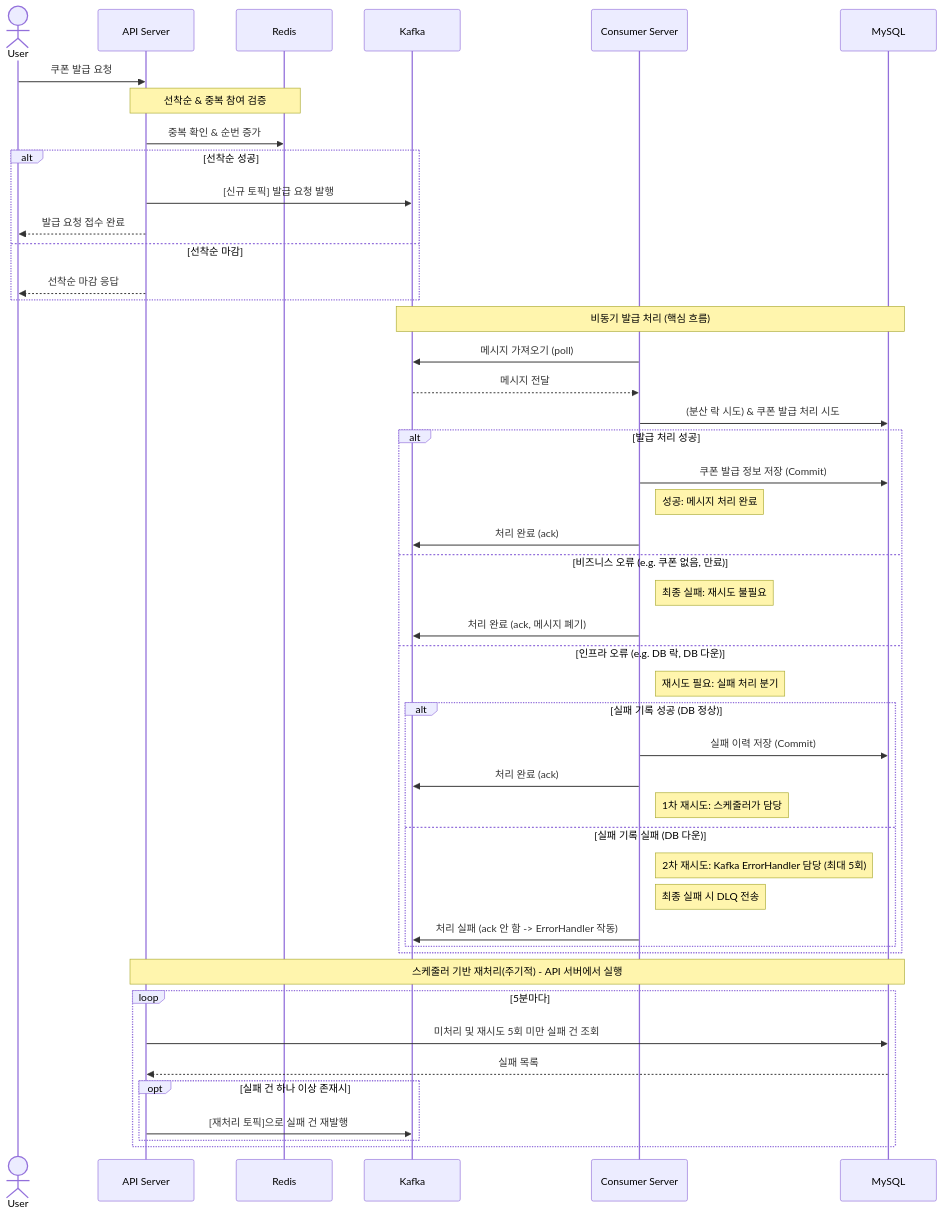
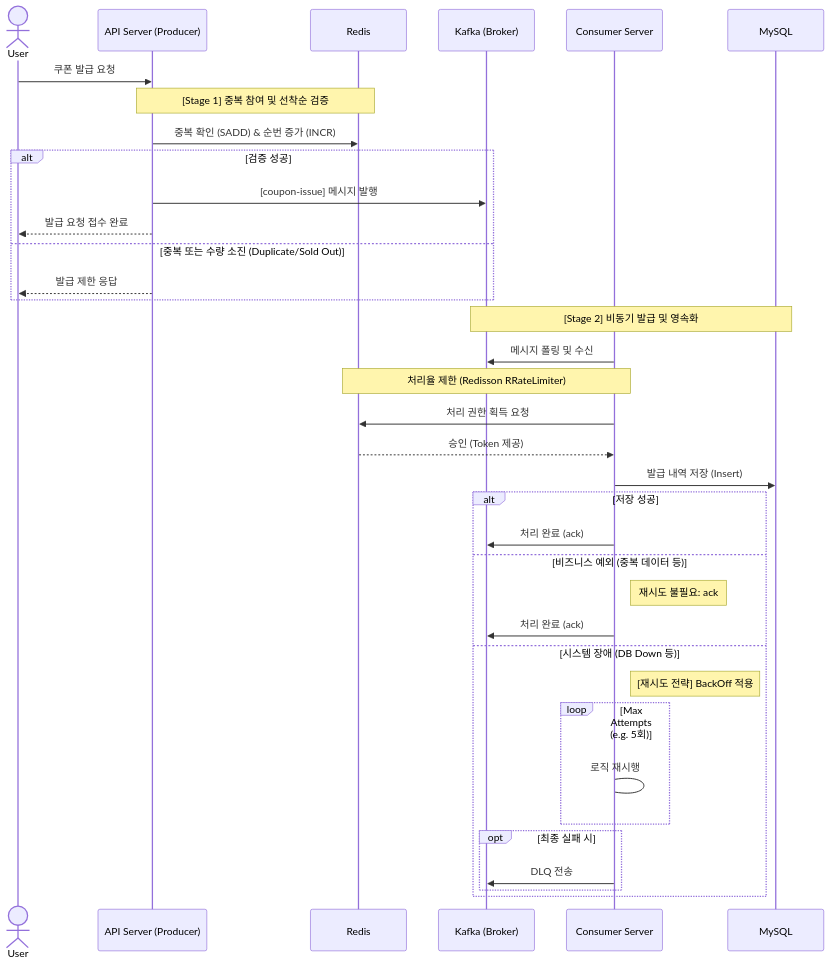
Before and after one commit to devFancy/springboot-coupon-system: the second of 3 diagrams in docs/coupon-domain-modeling.md, drawn with Mermaid. The commit also changed other lines of this file and 133 other files, not shown here.

````diff
--- a/docs/coupon-domain-modeling.md
+++ b/docs/coupon-domain-modeling.md
@@ -220,59 +207,45 @@
 ```mermaid
 sequenceDiagram
   actor User
-  participant API Server
-  participant Redis
-  participant Kafka
-  participant Consumer Server
+  participant API as API Server (Producer)
+  participant Redis as Redis
+  participant Kafka as Kafka (Broker)
+  participant Consumer as Consumer Server
   participant DB as MySQL
 
-  User->>API Server: 쿠폰 발급 요청
+  User->>API: 쿠폰 발급 요청
+  
+  note over API, Redis: [Stage 1] 중복 참여 및 선착순 검증
+  API->>Redis: 중복 확인 (SADD) & 순번 증가 (INCR)
 
-  note over API Server, Redis: 선착순 & 중복 참여 검증
-  API Server->>Redis: 중복 확인 & 순번 증가
-
-  alt 선착순 성공
-    API Server->>Kafka: [신규 토픽] 발급 요청 발행
-    API Server-->>User: 발급 요청 접수 완료
-  else 선착순 마감
-    API Server-->>User: 선착순 마감 응답
+  alt 검증 성공
+    API->>Kafka: [coupon-issue] 메시지 발행
+    API-->>User: 발급 요청 접수 완료
+  else 중복 또는 수량 소진 (Duplicate/Sold Out)
+    API-->>User: 발급 제한 응답
   end
 
-  note over Kafka, DB: 비동기 발급 처리 (핵심 흐름)
-  Consumer Server->>Kafka: 메시지 가져오기 (poll)
-  Kafka-->>Consumer Server: 메시지 전달
+  note over Kafka, DB: [Stage 2] 비동기 발급 및 영속화
+  Consumer->>Kafka: 메시지 폴링 및 수신
+  
+  note over Consumer, Redis: 처리율 제한 (Redisson RRateLimiter)
+  Consumer->>Redis: 처리 권한 획득 요청
+  Redis-->>Consumer: 승인 (Token 제공)
 
-  Consumer Server->>DB: (분산 락 시도) & 쿠폰 발급 처리 시도
+  Consumer->>DB: 발급 내역 저장 (Insert)
 
-  alt 발급 처리 성공
-    Consumer Server->>DB: 쿠폰 발급 정보 저장 (Commit)
-    note right of Consumer Server: 성공: 메시지 처리 완료
-    Consumer Server->>Kafka: 처리 완료 (ack)
-
-  else 비즈니스 오류 (e.g. 쿠폰 없음, 만료)
-    note right of Consumer Server: 최종 실패: 재시도 불필요
-    Consumer Server->>Kafka: 처리 완료 (ack, 메시지 폐기)
-
-  else 인프라 오류 (e.g. DB 락, DB 다운)
-    note right of Consumer Server: 재시도 필요: 실패 처리 분기
-    alt 실패 기록 성공 (DB 정상)
-      Consumer Server->>DB: 실패 이력 저장 (Commit)
-      Consumer Server->>Kafka: 처리 완료 (ack)
-      note right of Consumer Server: 1차 재시도: 스케줄러가 담당
-    else 실패 기록 실패 (DB 다운)
-      note right of Consumer Server: 2차 재시도: Kafka ErrorHandler 담당 (최대 5회)
-      note right of Consumer Server: 최종 실패 시 DLQ 전송
-      Consumer Server->>Kafka: 처리 실패 (ack 안 함 -> ErrorHandler 작동)
+  alt 저장 성공
+    Consumer->>Kafka: 처리 완료 (ack)
+  else 비즈니스 예외 (중복 데이터 등)
+    note right of Consumer: 재시도 불필요: ack
+    Consumer->>Kafka: 처리 완료 (ack)
+  else 시스템 장애 (DB Down 등)
+    note right of Consumer: [재시도 전략] BackOff 적용
+    loop Max Attempts (e.g. 5회)
+        Consumer -> Consumer: 로직 재시행
     end
-  end
-
-  note over API Server, DB: 스케줄러 기반 재처리(주기적) - API 서버에서 실행
-  loop 5분마다
-    API Server->>DB: 미처리 및 재시도 5회 미만 실패 건 조회
-    DB-->>API Server: 실패 목록
-
-    opt 실패 건 하나 이상 존재시
-      API Server->>Kafka: [재처리 토픽]으로 실패 건 재발행
+    opt 최종 실패 시
+        Consumer->>Kafka: DLQ 전송
     end
   end
 ```
````
